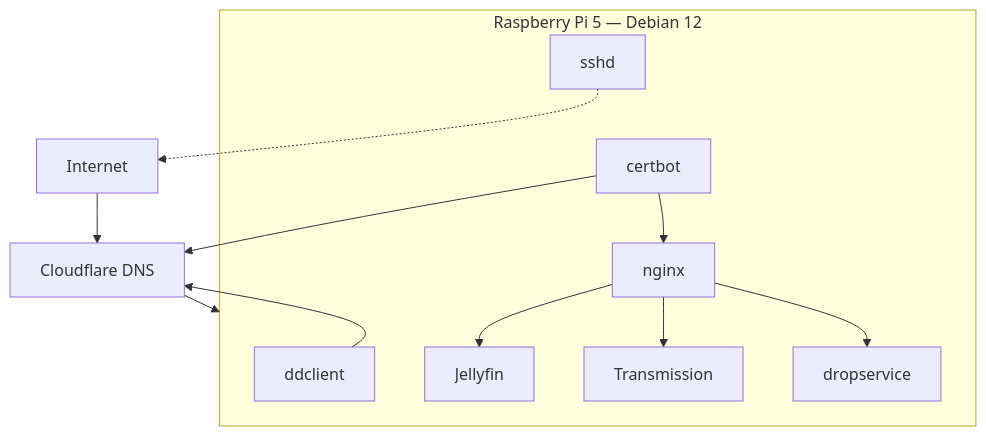
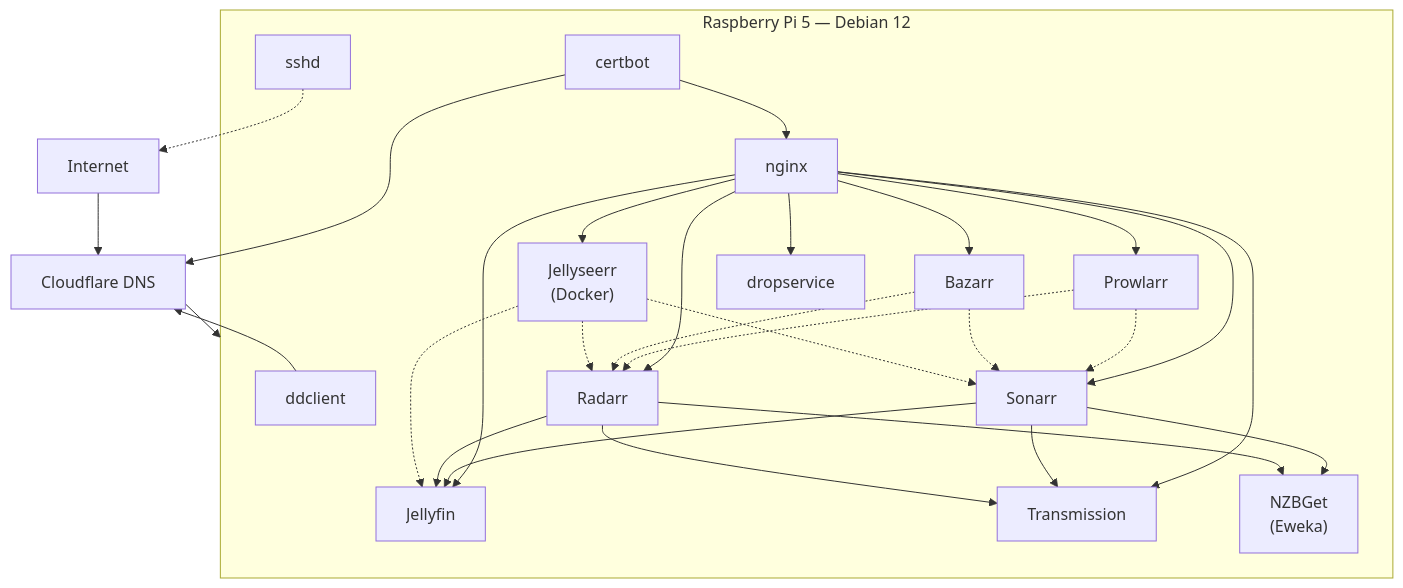
Before and after one commit to sillyash/homelab: the diagram in README.md, drawn with Mermaid. The commit also changed other lines of this file and 19 other files, not shown here.

First line of the commit message:
feat: add Sonarr/Radarr/Prowlarr/Bazarr/NZBGet/Jellyseerr media acquisition stack

````diff
--- a/README.md
+++ b/README.md
@@ -11,25 +11,50 @@
 ```mermaid
 graph TB
     Internet[Internet]
     Cloudflare["Cloudflare DNS"]
 
     subgraph Pi["Raspberry Pi 5 — Debian 12"]
         ddclient["ddclient"]
         certbot["certbot"]
         nginx["nginx"]
         jellyfin["Jellyfin"]
         transmission["Transmission"]
+        nzbget["NZBGet<br>(Eweka)"]
+        prowlarr["Prowlarr"]
+        sonarr["Sonarr"]
+        radarr["Radarr"]
+        bazarr["Bazarr"]
+        jellyseerr["Jellyseerr<br>(Docker)"]
         dropservice["dropservice"]
         sshd["sshd"]
     end
 
     Internet --> Cloudflare --> Pi
     ddclient --> Cloudflare
     certbot --> Cloudflare
     certbot --> nginx
 
     nginx --> jellyfin
     nginx --> transmission
+    nginx --> prowlarr
+    nginx --> sonarr
+    nginx --> radarr
+    nginx --> bazarr
+    nginx --> jellyseerr
     nginx --> dropservice
     sshd -.-> Internet
+
+    prowlarr -.-> sonarr
+    prowlarr -.-> radarr
+    sonarr --> transmission
+    sonarr --> nzbget
+    radarr --> transmission
+    radarr --> nzbget
+    bazarr -.-> sonarr
+    bazarr -.-> radarr
+    sonarr --> jellyfin
+    radarr --> jellyfin
+    jellyseerr -.-> jellyfin
+    jellyseerr -.-> sonarr
+    jellyseerr -.-> radarr
 ```
````
